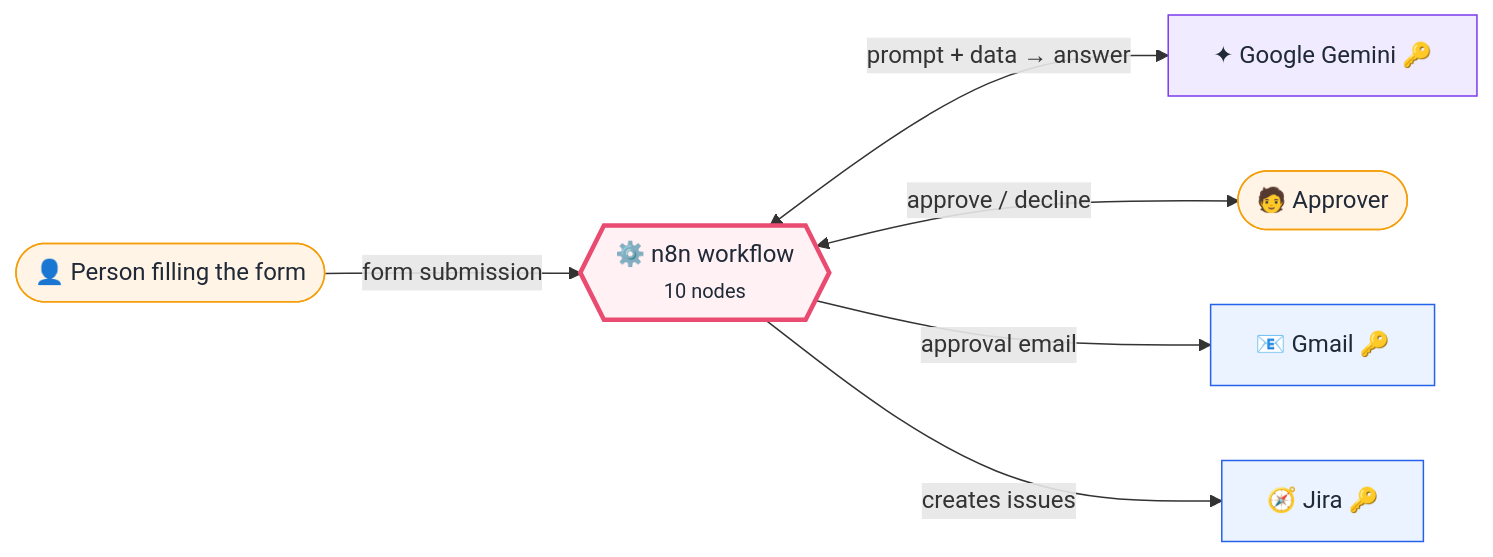
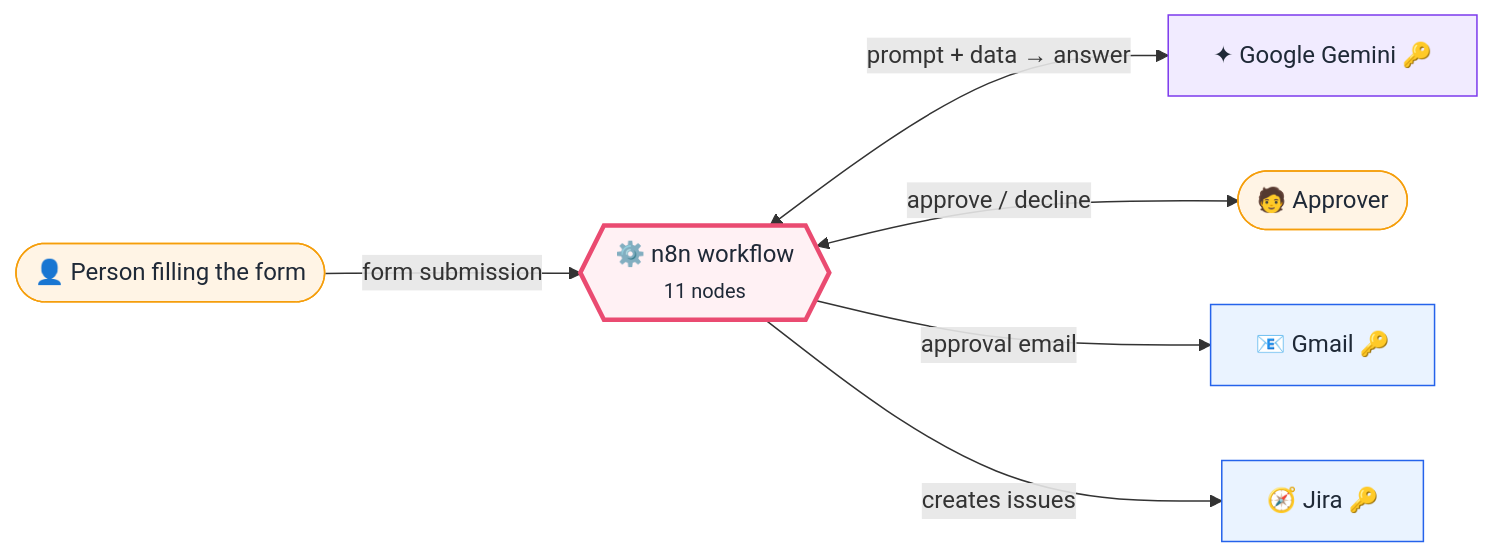
One commit to callme-siva/n8n-knowledge changed the first of 2 diagrams in workflows/L15-retro-ai-approval-jira/README.md. Above: the diagram before and after it, drawn with Mermaid. The commit also changed other lines of this file and 118 other files, not shown here.

````diff
--- a/workflows/L15-retro-ai-approval-jira/README.md
+++ b/workflows/L15-retro-ai-approval-jira/README.md
@@ -34,21 +34,21 @@
 ```mermaid
 flowchart LR
   s0(["👤 Person filling the form"]):::person
-  core{{"⚙️ n8n workflow<br/><small>10 nodes</small>"}}:::n8n
+  core{{"⚙️ n8n workflow<br/><small>11 nodes</small>"}}:::n8n
   s1["✦ Google Gemini 🔑"]:::ai
   s2(["🧑 Approver"]):::person
   s3["📧 Gmail 🔑"]:::saas
   s4["🧭 Jira 🔑"]:::saas
   s0 -->|"form submission"| core
   core <-->|"prompt + data → answer"| s1
   core <-->|"approve / decline"| s2
   core -->|"approval email"| s3
   core -->|"creates issues"| s4
   classDef person fill:#FFF4E5,stroke:#F59E0B,color:#1F2937
   classDef time fill:#E8F7EE,stroke:#2EA44F,color:#1F2937
   classDef saas fill:#EAF3FF,stroke:#2563EB,color:#1F2937
   classDef ai fill:#F1EBFF,stroke:#7C3AED,color:#1F2937
   classDef ext fill:#E6FAF8,stroke:#0D9488,color:#1F2937
   classDef n8n fill:#FFF1F4,stroke:#EA4B71,stroke-width:3px,color:#1F2937
   classDef store fill:#F8FAFC,stroke:#64748B,color:#1F2937
 ```
````
